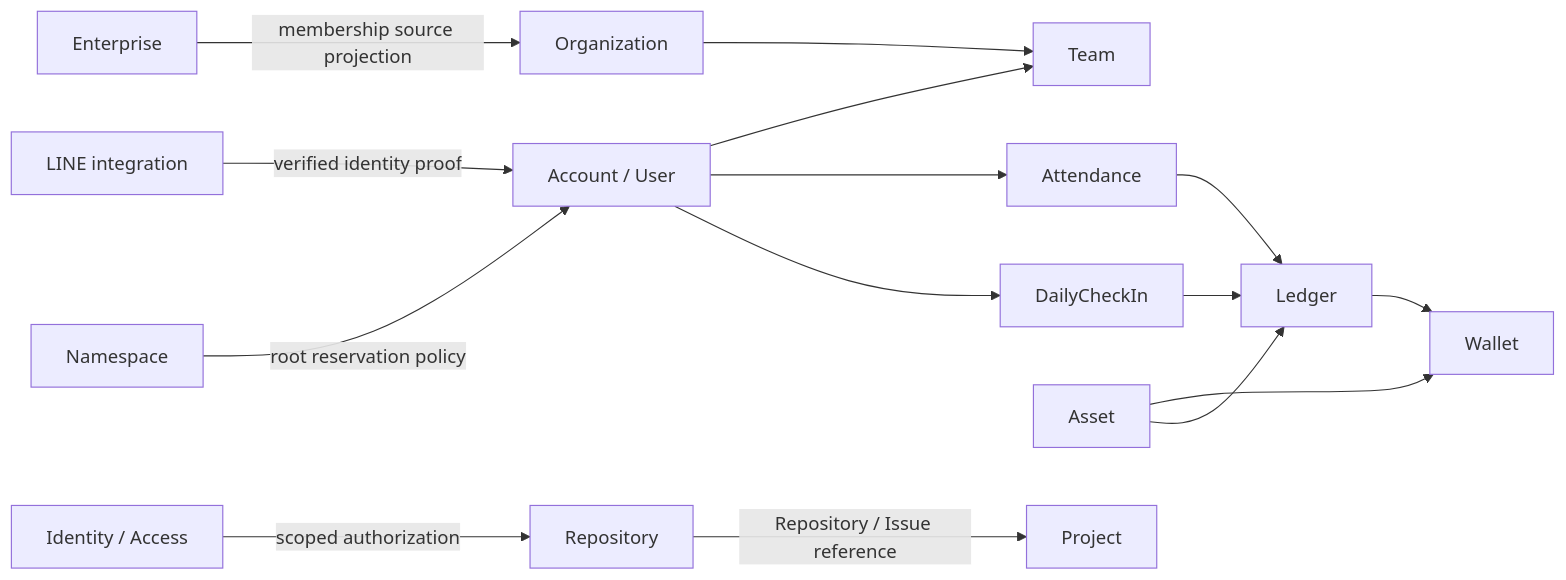
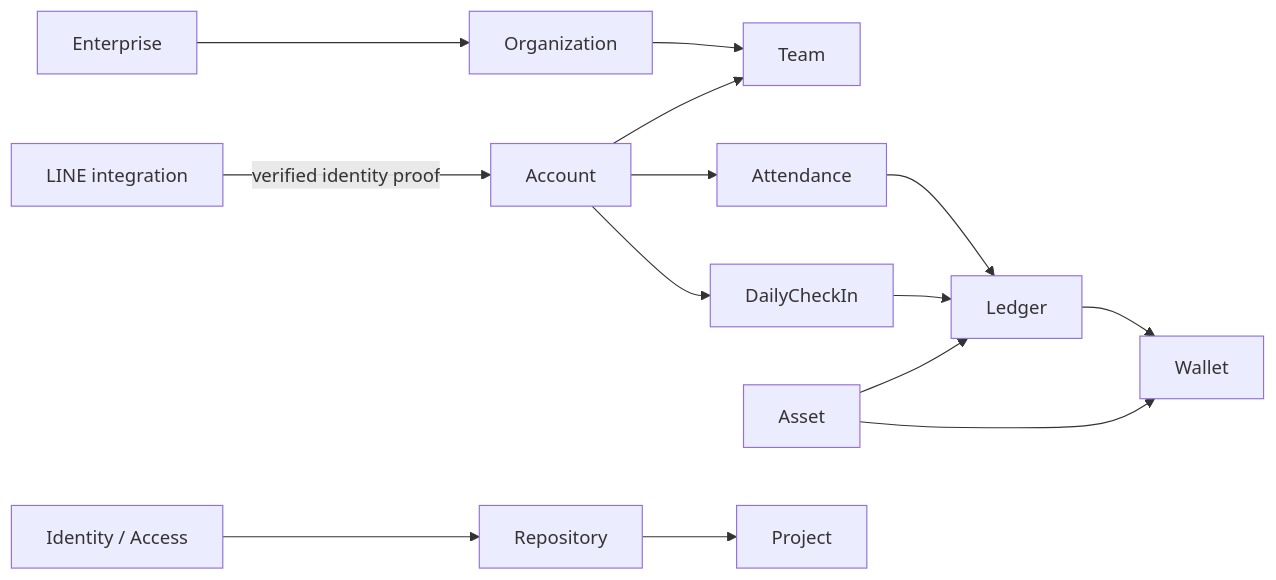
The diagram in docs/000-core/030-repository-map.md (963sup/Line_Bot_v1), drawn with Mermaid before and after one commit. The commit also changed other lines of this file and 28 other files, not shown here.

````diff
--- a/docs/000-core/030-repository-map.md
+++ b/docs/000-core/030-repository-map.md
@@ -42,17 +22,16 @@
 ```mermaid
 flowchart LR
-    Line["LINE integration"] -->|"verified identity proof"| Account["Account / User"]
-    Namespace["Namespace"] -->|"root reservation policy"| Account
-    Enterprise["Enterprise"] -->|"membership source projection"| Organization["Organization"]
-    Account --> Team["Team"]
-    Account --> Attendance["Attendance"]
+    LINE["LINE integration"] -->|"verified identity proof"| Account["Account"]
+    Enterprise --> Organization
+    Organization --> Team
+    Account --> Team
+    Account --> Attendance
     Account --> Daily["DailyCheckIn"]
-    Organization --> Team
-    Daily --> Ledger["Ledger"]
     Attendance --> Ledger
-    Asset["Asset"] --> Wallet["Wallet"]
+    Daily --> Ledger
     Asset --> Ledger
+    Asset --> Wallet
     Ledger --> Wallet
-    Identity["Identity / Access"] -->|"scoped authorization"| Repository["Repository"]
-    Repository -->|"Repository / Issue reference"| Project["Project"]
+    Identity["Identity / Access"] --> Repository
+    Repository --> Project
 ```
````
